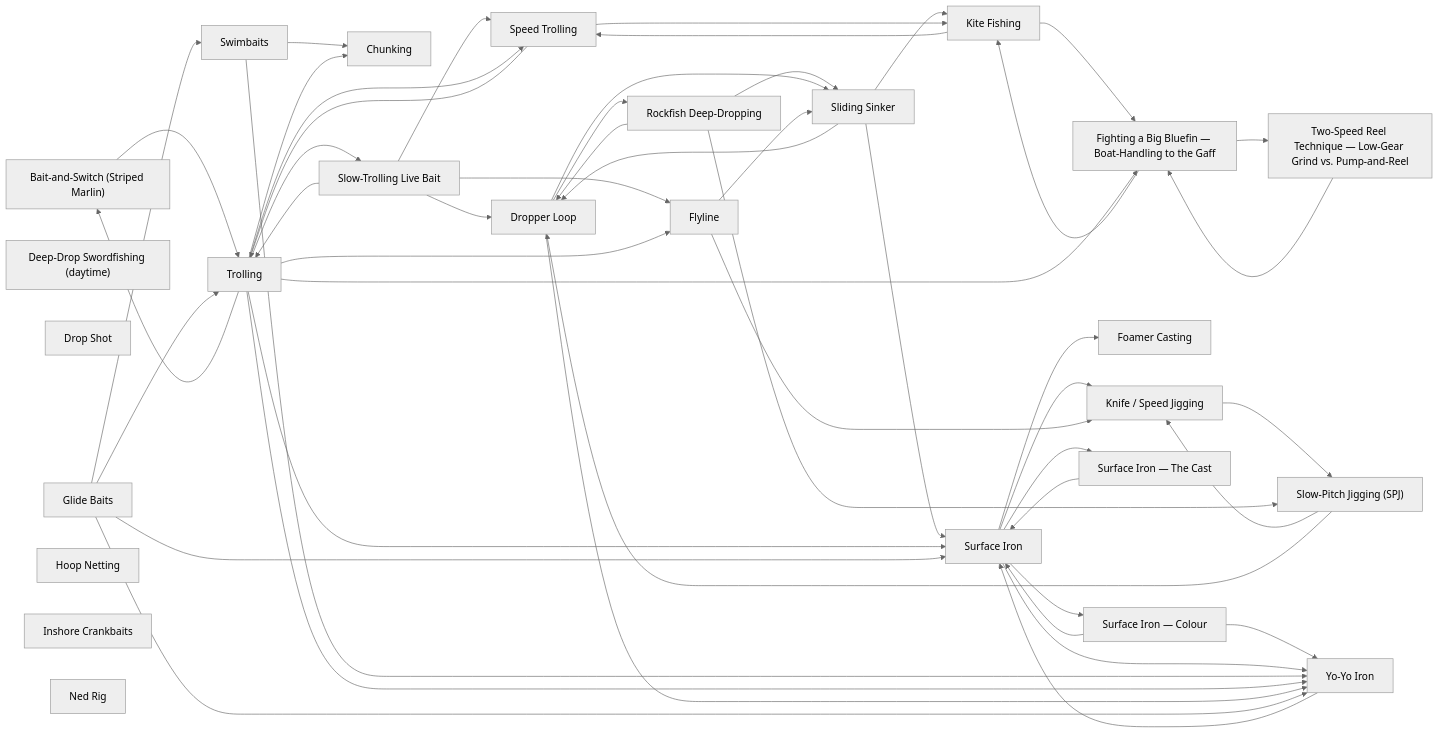
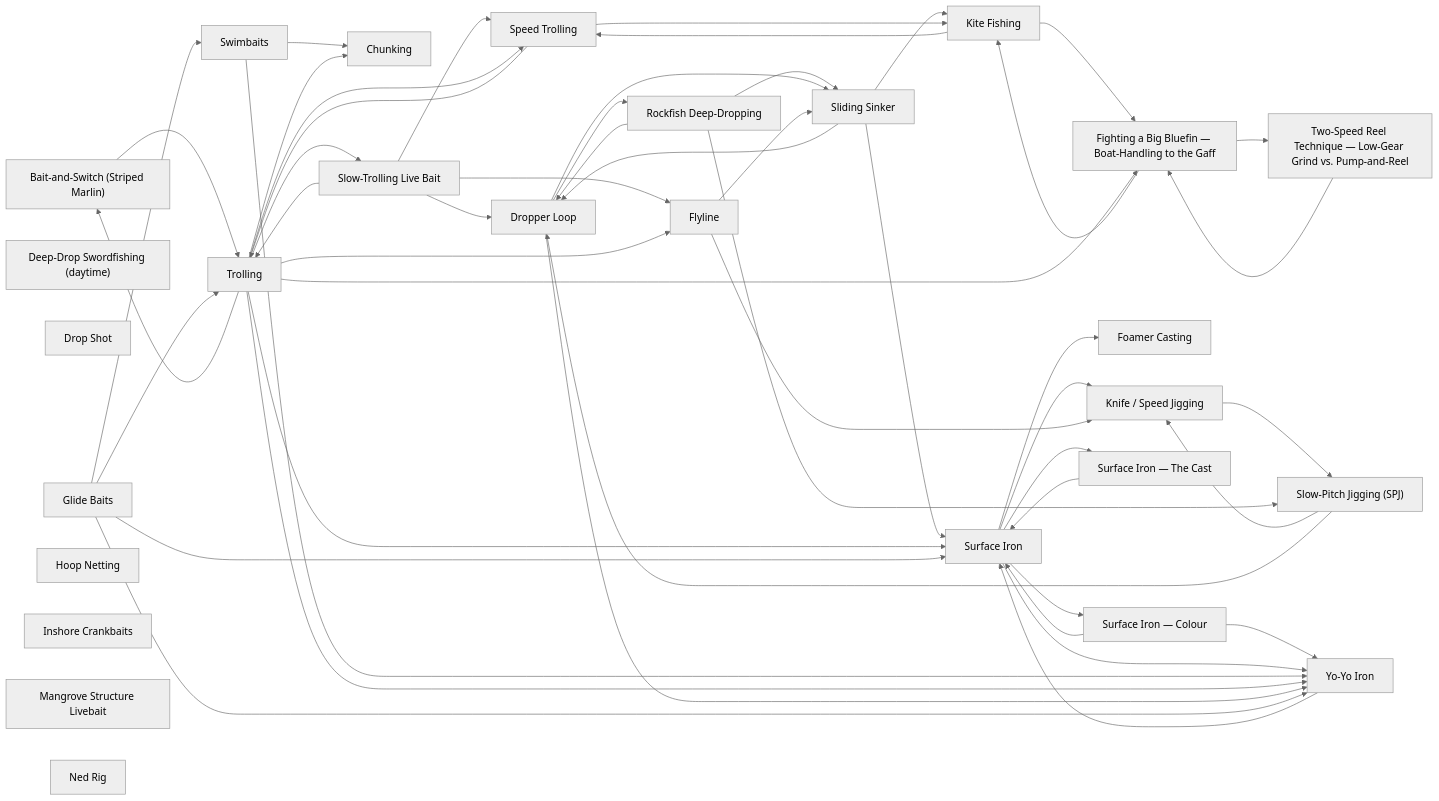
One commit to camchuckpete-max/Socal-Fishing-Knowledge changed the diagram in techniques/README.md. Above: the diagram before and after it, drawn with Mermaid (neutral theme). The commit also changed other lines of this file and 12 other files, not shown here.

````diff
--- a/techniques/README.md
+++ b/techniques/README.md
@@ -39,78 +40,79 @@
 ```mermaid
 graph LR
   n0["Bait-and-Switch (Striped Marlin)"]
   n1["Chunking"]
   n2["Deep-Drop Swordfishing (daytime)"]
   n3["Drop Shot"]
   n4["Dropper Loop"]
   n5["Fighting a Big Bluefin — Boat-Handling to the Gaff"]
   n6["Flyline"]
   n7["Foamer Casting"]
   n8["Glide Baits"]
   n9["Hoop Netting"]
   n10["Inshore Crankbaits"]
   n11["Kite Fishing"]
   n12["Knife / Speed Jigging"]
-  n13["Ned Rig"]
-  n14["Rockfish Deep-Dropping"]
-  n15["Sliding Sinker"]
-  n16["Slow-Pitch Jigging (SPJ)"]
-  n17["Slow-Trolling Live Bait"]
-  n18["Speed Trolling"]
-  n19["Surface Iron — The Cast"]
-  n20["Surface Iron — Colour"]
-  n21["Surface Iron"]
-  n22["Swimbaits"]
-  n23["Trolling"]
-  n24["Two-Speed Reel Technique — Low-Gear Grind vs. Pump-and-Reel"]
-  n25["Yo-Yo Iron"]
-  n0 --> n23
-  n11 --> n18
+  n13["Mangrove Structure Livebait"]
+  n14["Ned Rig"]
+  n15["Rockfish Deep-Dropping"]
+  n16["Sliding Sinker"]
+  n17["Slow-Pitch Jigging (SPJ)"]
+  n18["Slow-Trolling Live Bait"]
+  n19["Speed Trolling"]
+  n20["Surface Iron — The Cast"]
+  n21["Surface Iron — Colour"]
+  n22["Surface Iron"]
+  n23["Swimbaits"]
+  n24["Trolling"]
+  n25["Two-Speed Reel Technique — Low-Gear Grind vs. Pump-and-Reel"]
+  n26["Yo-Yo Iron"]
+  n0 --> n24
+  n11 --> n19
   n11 --> n5
-  n12 --> n16
-  n14 --> n15
-  n14 --> n16
-  n14 --> n4
-  n15 --> n11
-  n15 --> n21
+  n12 --> n17
+  n15 --> n16
+  n15 --> n17
   n15 --> n4
-  n16 --> n12
+  n16 --> n11
+  n16 --> n22
   n16 --> n4
-  n17 --> n18
-  n17 --> n23
+  n17 --> n12
   n17 --> n4
-  n17 --> n6
-  n18 --> n11
-  n18 --> n23
-  n19 --> n21
-  n20 --> n21
-  n20 --> n25
-  n21 --> n12
-  n21 --> n19
-  n21 --> n20
-  n21 --> n25
-  n21 --> n7
-  n22 --> n1
-  n22 --> n25
-  n23 --> n0
+  n18 --> n19
+  n18 --> n24
+  n18 --> n4
+  n18 --> n6
+  n19 --> n11
+  n19 --> n24
+  n20 --> n22
+  n21 --> n22
+  n21 --> n26
+  n22 --> n12
+  n22 --> n20
+  n22 --> n21
+  n22 --> n26
+  n22 --> n7
   n23 --> n1
-  n23 --> n17
-  n23 --> n18
-  n23 --> n21
-  n23 --> n25
-  n23 --> n5
-  n23 --> n6
+  n23 --> n26
+  n24 --> n0
+  n24 --> n1
+  n24 --> n18
+  n24 --> n19
+  n24 --> n22
+  n24 --> n26
   n24 --> n5
-  n25 --> n21
-  n4 --> n14
+  n24 --> n6
+  n25 --> n5
+  n26 --> n22
   n4 --> n15
-  n4 --> n25
+  n4 --> n16
+  n4 --> n26
   n5 --> n11
-  n5 --> n24
+  n5 --> n25
   n6 --> n12
-  n6 --> n15
-  n8 --> n21
+  n6 --> n16
   n8 --> n22
   n8 --> n23
-  n8 --> n25
+  n8 --> n24
+  n8 --> n26
 ```
````
